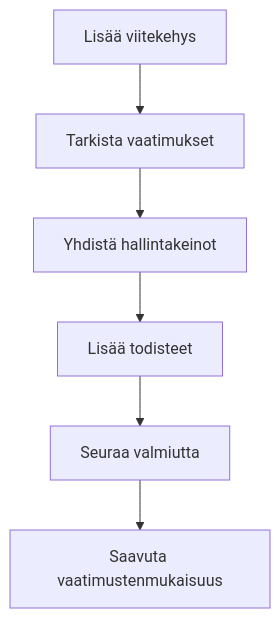
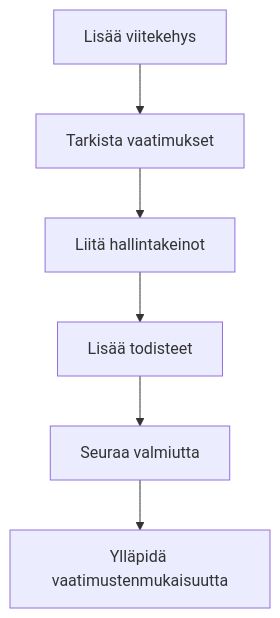
The diagram in i18n/fi/docusaurus-plugin-content-docs/current/getting-started/quick-start.md (tekve/gover-docs), drawn with Mermaid before and after one commit. The commit also changed other lines of this file and 50 other files, not shown here.

````diff
--- a/i18n/fi/docusaurus-plugin-content-docs/current/getting-started/quick-start.md
+++ b/i18n/fi/docusaurus-plugin-content-docs/current/getting-started/quick-start.md
@@ -52,8 +52,8 @@
 ```mermaid
 flowchart TD
     A[Lisää viitekehys] --> B[Tarkista vaatimukset]
-    B --> C[Yhdistä hallintakeinot]
+    B --> C[Liitä hallintakeinot]
     C --> D[Lisää todisteet]
     D --> E[Seuraa valmiutta]
-    E --> F[Saavuta vaatimustenmukaisuus]
+    E --> F[Ylläpidä vaatimustenmukaisuutta]
 ```
````
